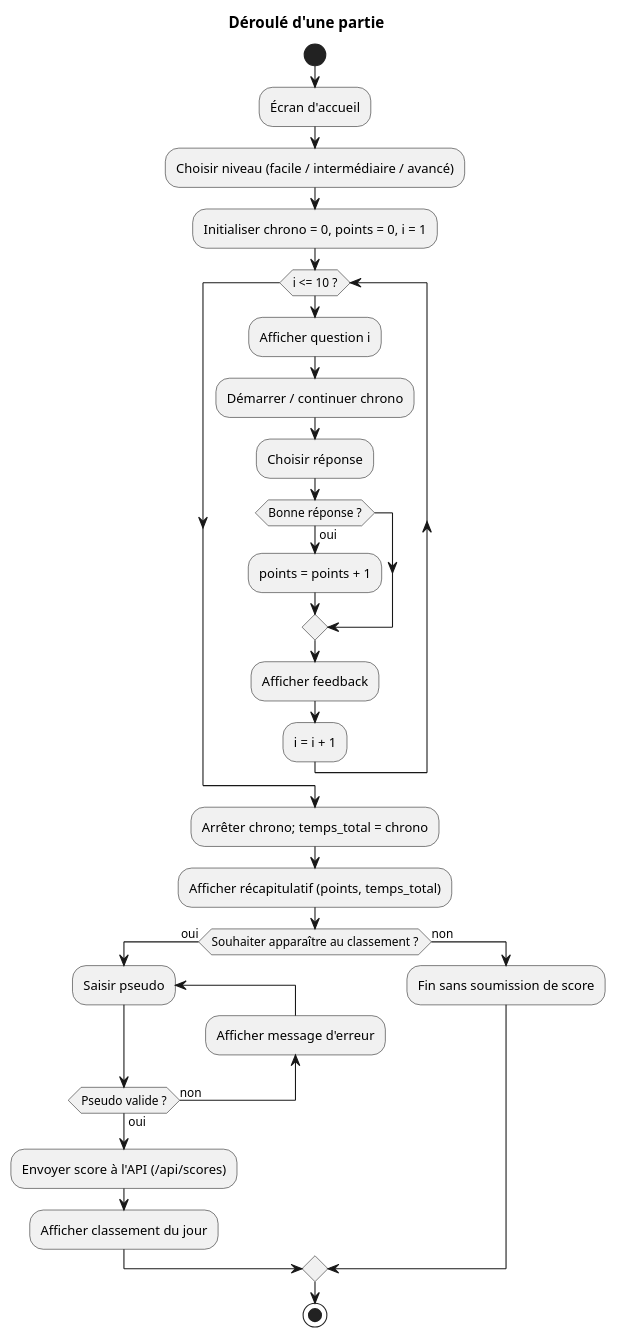
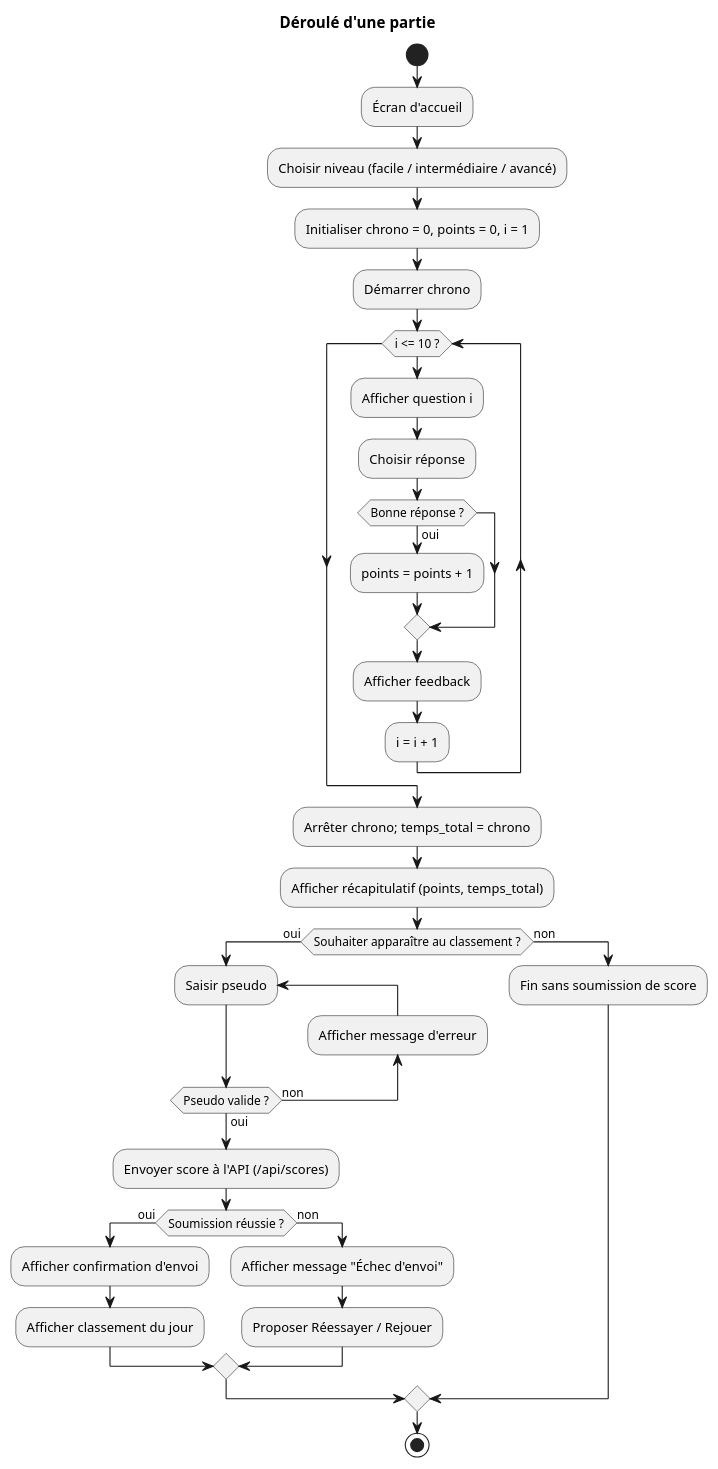
Before and after one commit to Aura974/Xmas-Quiz-Conception-2025: the diagram in 03-Technical Specifications Document/07-API-System Design/02-UML Diagrams/b-Activity Diagrams/ad_game.puml, drawn with PlantUML. The commit also changed 4 other files, not shown here.

```diff
--- a/03-Technical Specifications Document/07-API-System Design/02-UML Diagrams/b-Activity Diagrams/ad_game.puml
+++ b/03-Technical Specifications Document/07-API-System Design/02-UML Diagrams/b-Activity Diagrams/ad_game.puml
@@ -1,34 +1,40 @@
 @startuml game
 title Déroulé d'une partie
 
 start
 :Écran d'accueil;
 :Choisir niveau (facile / intermédiaire / avancé);
 :Initialiser chrono = 0, points = 0, i = 1;
+:Démarrer chrono;
 
 while (i <= 10 ?)
   :Afficher question i;
-  :Démarrer / continuer chrono;
   :Choisir réponse;
   if (Bonne réponse ?) then (oui)
     :points = points + 1;
   endif
   :Afficher feedback;
   :i = i + 1;
 endwhile
 
 :Arrêter chrono; temps_total = chrono;
 :Afficher récapitulatif (points, temps_total);
 
 if (Souhaiter apparaître au classement ?) then (oui)
   repeat :Saisir pseudo;
   backward :Afficher message d'erreur;
   repeat while (Pseudo valide ?) is (non) not (oui)
   :Envoyer score à l'API (/api/scores);
+if (Soumission réussie ?) then (oui)
+  :Afficher confirmation d'envoi;
   :Afficher classement du jour;
+else (non)
+  :Afficher message "Échec d'envoi";
+  :Proposer Réessayer / Rejouer;
+endif
 else (non)
   :Fin sans soumission de score;
 endif
 
 stop
 @enduml
```
